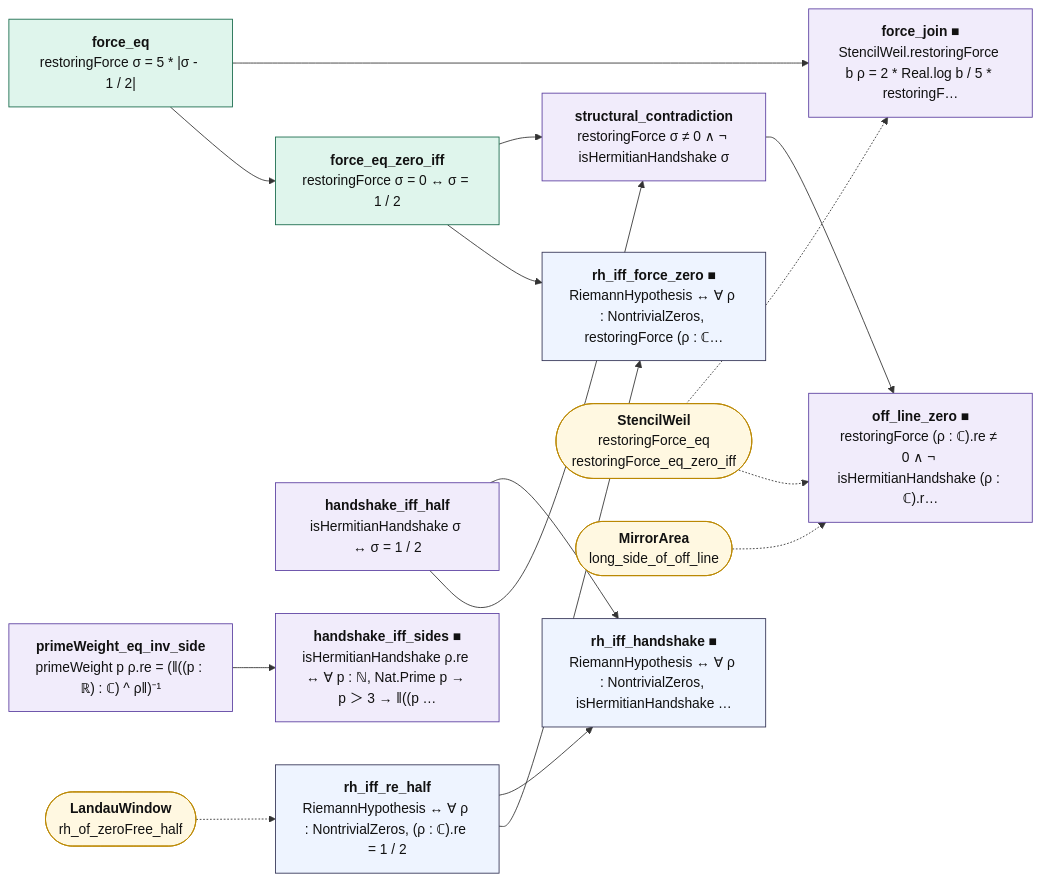
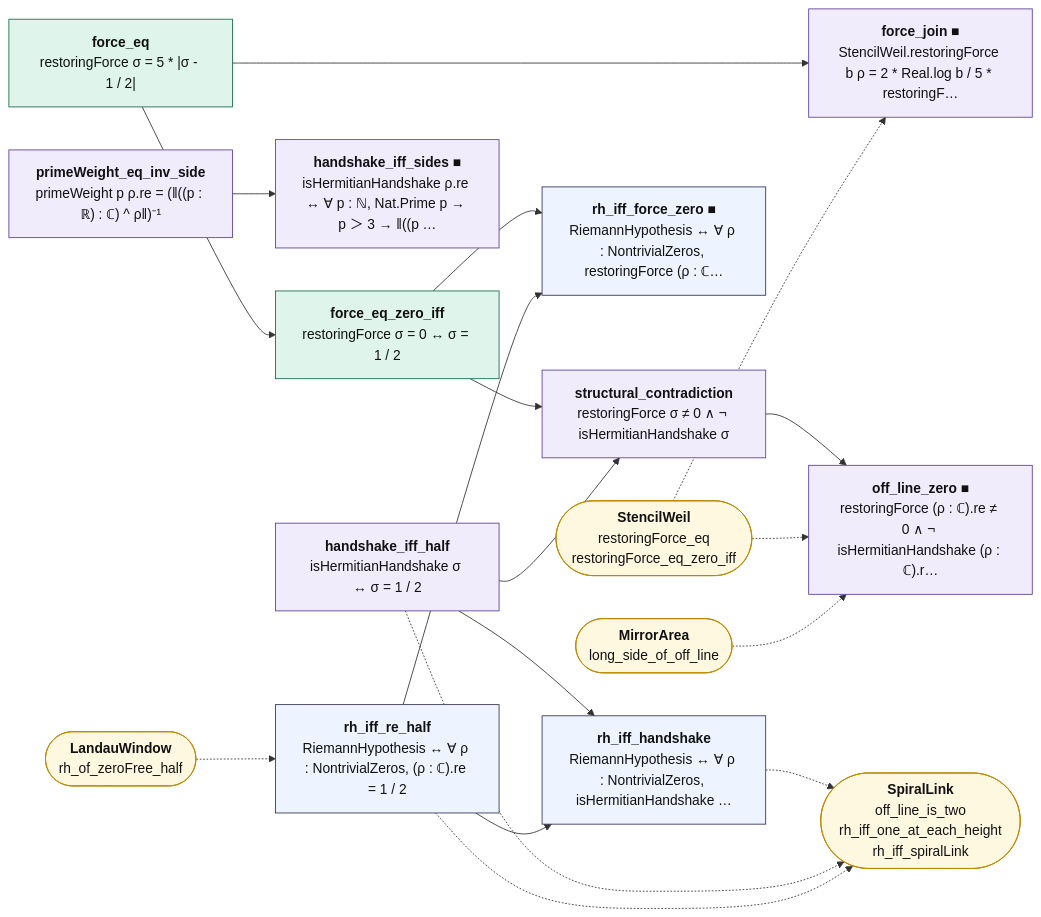
The diagram in map/lean_stage3/ClosedLoopJoin.mmd (juliansambranojr/Primebeat_081426), drawn with Mermaid before and after one commit. The commit also changed 25 other files, not shown here.

First line of the commit message:
Block J2: the spiral link stated in Lean; one zero at each height (unit 0477)

```diff
--- a/map/lean_stage3/ClosedLoopJoin.mmd
+++ b/map/lean_stage3/ClosedLoopJoin.mmd
@@ -1,37 +1,41 @@
 flowchart LR
   n0["<b>force_eq</b><br/>restoringForce σ = 5 * |σ - 1 / 2|"]:::cnt
   n1["<b>force_join ■</b><br/>StencilWeil.restoringForce b ρ = 2 * Real.log b / 5 * restoringF…"]:::shp
   n2["<b>force_eq_zero_iff</b><br/>restoringForce σ = 0 ↔ σ = 1 / 2"]:::cnt
   n3["<b>primeWeight_eq_inv_side</b><br/>primeWeight p ρ.re = (‖((p : ℝ) : ℂ) ^ ρ‖)⁻¹"]:::shp
   n4["<b>handshake_iff_sides ■</b><br/>isHermitianHandshake ρ.re ↔ ∀ p : ℕ, Nat.Prime p → p ＞ 3 → ‖((p …"]:::shp
   n5["<b>handshake_iff_half</b><br/>isHermitianHandshake σ ↔ σ = 1 / 2"]:::shp
   n6["<b>structural_contradiction</b><br/>restoringForce σ ≠ 0 ∧ ¬ isHermitianHandshake σ"]:::shp
   n7["<b>off_line_zero ■</b><br/>restoringForce (ρ : ℂ).re ≠ 0 ∧ ¬ isHermitianHandshake (ρ : ℂ).r…"]:::shp
   n8["<b>rh_iff_re_half</b><br/>RiemannHypothesis ↔ ∀ ρ : NontrivialZeros, (ρ : ℂ).re = 1 / 2"]:::thm
   n9["<b>rh_iff_force_zero ■</b><br/>RiemannHypothesis ↔ ∀ ρ : NontrivialZeros, restoringForce (ρ : ℂ…"]:::thm
-  n10["<b>rh_iff_handshake ■</b><br/>RiemannHypothesis ↔ ∀ ρ : NontrivialZeros, isHermitianHandshake …"]:::thm
+  n10["<b>rh_iff_handshake</b><br/>RiemannHypothesis ↔ ∀ ρ : NontrivialZeros, isHermitianHandshake …"]:::thm
   x0(["<b>StencilWeil</b><br/>restoringForce_eq<br/>restoringForce_eq_zero_iff"]):::ext
-  x1(["<b>MirrorArea</b><br/>long_side_of_off_line"]):::ext
-  x2(["<b>LandauWindow</b><br/>rh_of_zeroFree_half"]):::ext
+  x1(["<b>SpiralLink</b><br/>off_line_is_two<br/>rh_iff_one_at_each_height<br/>rh_iff_spiralLink"]):::ext
+  x2(["<b>MirrorArea</b><br/>long_side_of_off_line"]):::ext
+  x3(["<b>LandauWindow</b><br/>rh_of_zeroFree_half"]):::ext
   n0 --> n1
   n0 --> n2
   n2 --> n6
   n2 --> n9
   n3 --> n4
   n5 --> n10
   n5 --> n6
   n6 --> n7
   n8 --> n10
   n8 --> n9
+  n10 -.-> x1
+  n5 -.-> x1
+  n8 -.-> x1
   x0 -.-> n1
   x0 -.-> n7
-  x1 -.-> n7
-  x2 -.-> n8
+  x2 -.-> n7
+  x3 -.-> n8
   classDef cnt fill:#dff5ec,stroke:#17694a,color:#111
   classDef shp fill:#f1ecfb,stroke:#5b3fa0,color:#111
   classDef rh fill:#ffe5e5,stroke:#c22,color:#111,stroke-width:2px
   classDef thm fill:#eef4ff,stroke:#335,color:#111
   classDef end_ fill:#e7f7e7,stroke:#2a7,color:#111,stroke-width:2px
   classDef lone fill:#fff,stroke:#999,color:#111,stroke-dasharray:4 3
   classDef bad fill:#ffe5e5,stroke:#c22,color:#111,stroke-width:2px
   classDef ext fill:#fff8e1,stroke:#b80,color:#111
```
